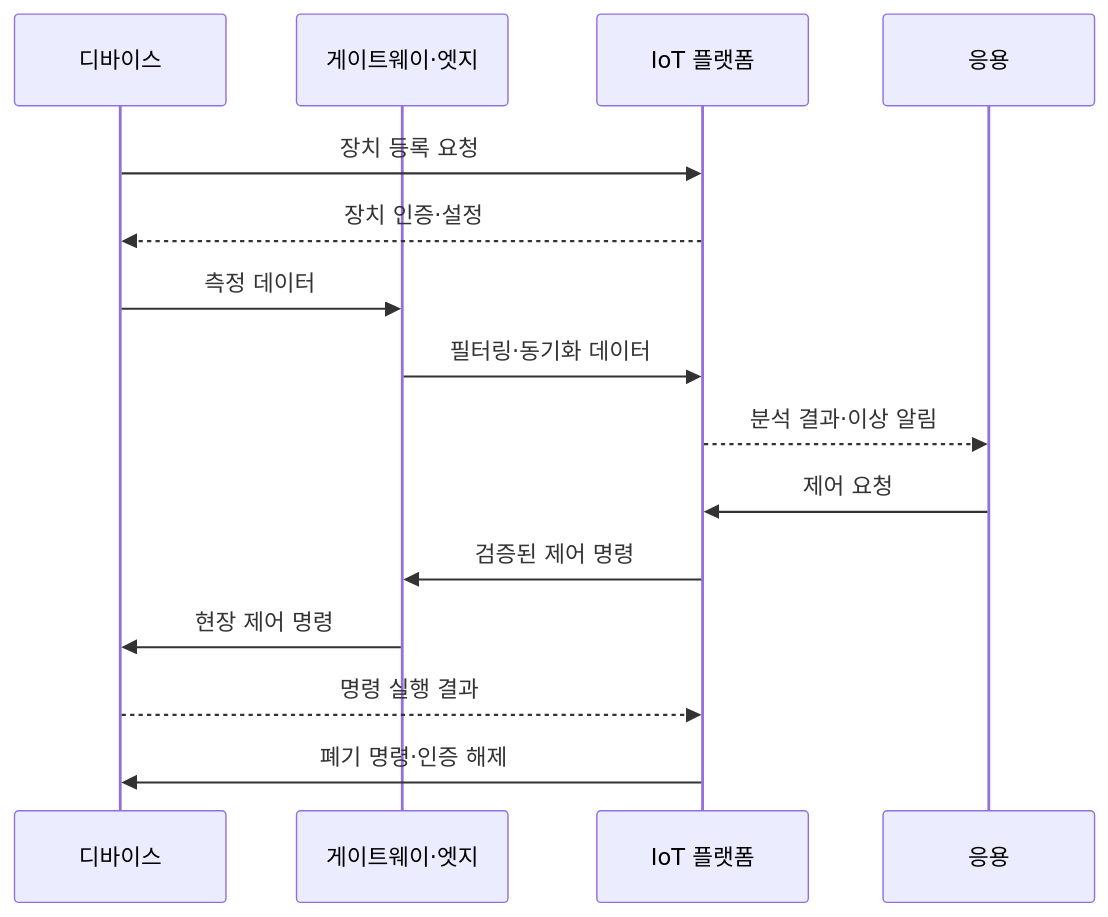
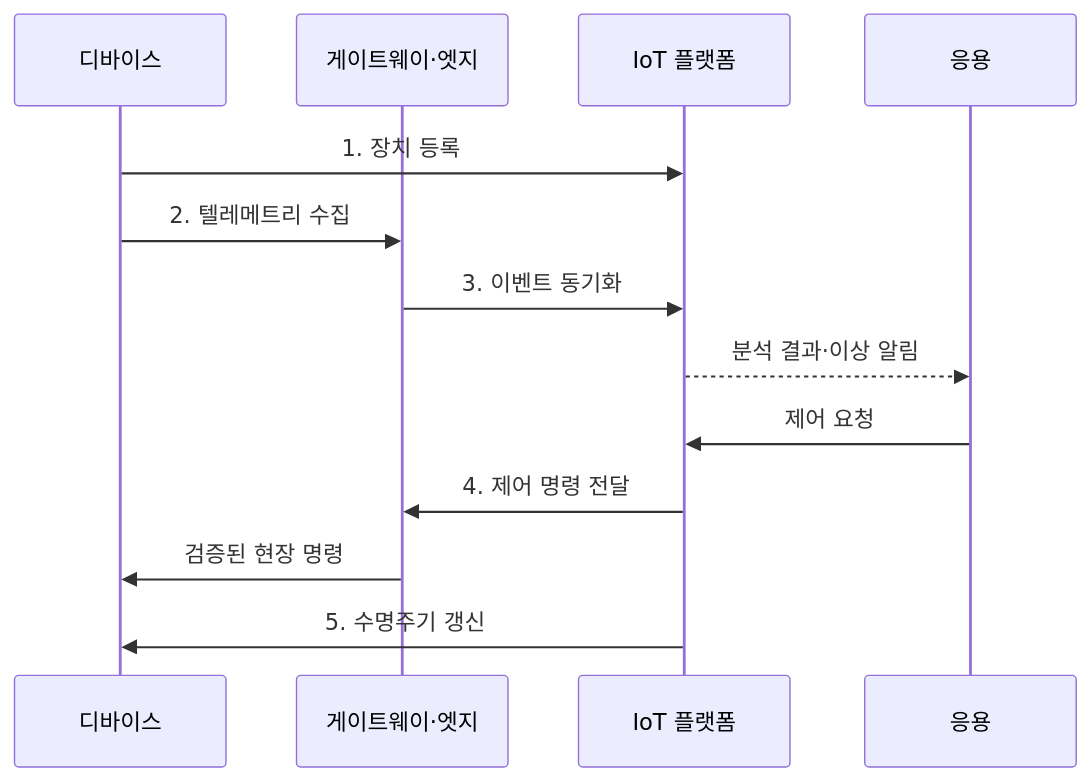
One commit to agnusdei1207/knowledge-base changed the second of 2 diagrams in src/content/docs/notes/04-network/077_iot_architecture.md. Above: the diagram before and after it, drawn with Mermaid. The commit also changed other lines of this file and 11 other files, not shown here.

````diff
--- a/src/content/docs/notes/04-network/077_iot_architecture.md
+++ b/src/content/docs/notes/04-network/077_iot_architecture.md
@@ -90,17 +78,15 @@
 ```mermaid
 sequenceDiagram
     participant D as 디바이스
     participant E as 게이트웨이·엣지
     participant P as IoT 플랫폼
     participant A as 응용
-    D->>P: 장치 등록 요청
-    P-->>D: 장치 인증·설정
-    D->>E: 측정 데이터
-    E->>P: 필터링·동기화 데이터
+    D->>P: 1. 장치 등록
+    D->>E: 2. 텔레메트리 수집
+    E->>P: 3. 이벤트 동기화
     P-->>A: 분석 결과·이상 알림
     A->>P: 제어 요청
-    P->>E: 검증된 제어 명령
-    E->>D: 현장 제어 명령
-    D-->>P: 명령 실행 결과
-    P->>D: 폐기 명령·인증 해제
+    P->>E: 4. 제어 명령 전달
+    E->>D: 검증된 현장 명령
+    P->>D: 5. 수명주기 갱신
 ```
````
